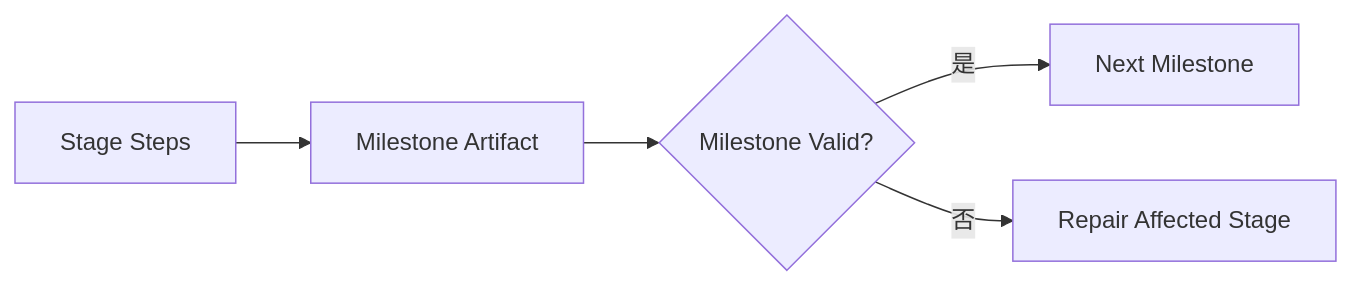
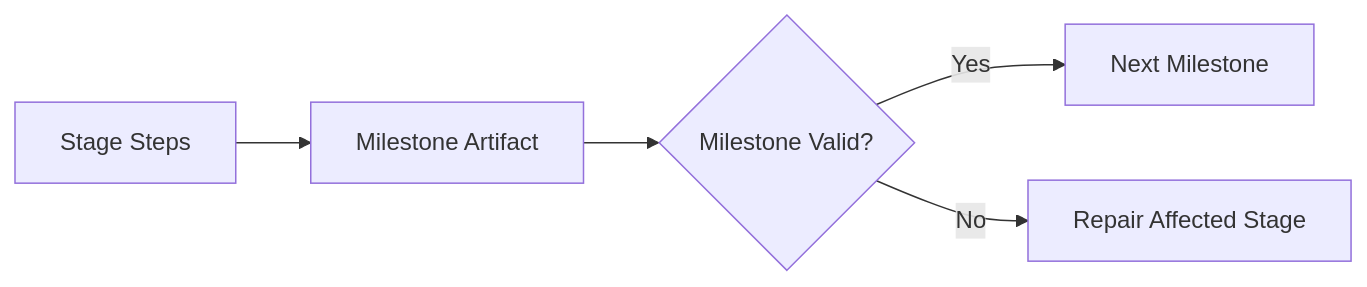
Before and after one commit to oneleaveknowsthefall/awesome-ai-roadmap: the seventh of 23 diagrams in docs/agent/02-reasoning-planning/12-agent-reflection.md, drawn with Mermaid. The commit also changed other lines of this file and 68 other files, not shown here.

````diff
--- a/docs/agent/02-reasoning-planning/12-agent-reflection.md
+++ b/docs/agent/02-reasoning-planning/12-agent-reflection.md
@@ -220,7 +220,7 @@
 ```mermaid
 flowchart LR
     S1[Stage Steps] --> M[Milestone Artifact]
     M --> V{Milestone Valid?}
-    V -->|是| NEXT[Next Milestone]
-    V -->|否| FIX[Repair Affected Stage]
+    V -->|Yes| NEXT[Next Milestone]
+    V -->|No| FIX[Repair Affected Stage]
 ```
````
